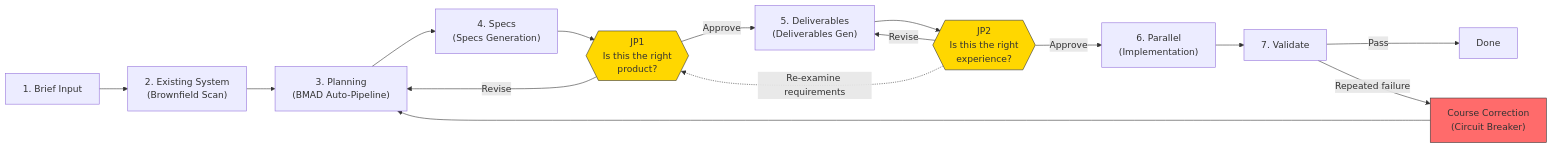
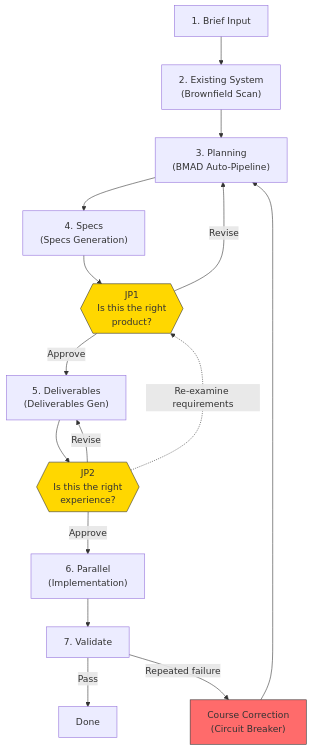
One commit to kangminlee-maker/jdd-sprint-kit changed the diagram in README.md. Above: the diagram before and after it, drawn with Mermaid. The commit also changed 1 other file, not shown here.

Commit message:
docs: change Mermaid flowcharts from horizontal (LR) to vertical (TD)
Horizontal layout was too compressed for readability.
Both Blueprint and README overall flow diagrams updated.

````diff
--- a/README.md
+++ b/README.md
@@ -14,21 +14,21 @@
 ```mermaid
-flowchart LR
+flowchart TD
     A["1. Brief Input"] --> B["2. Existing System\n(Brownfield Scan)"]
     B --> C["3. Planning\n(BMAD Auto-Pipeline)"]
     C --> D["4. Specs\n(Specs Generation)"]
     D --> JP1{{"JP1\nIs this the right\nproduct?"}}
     JP1 -->|Approve| E["5. Deliverables\n(Deliverables Gen)"]
     JP1 -->|Revise| C
     E --> JP2{{"JP2\nIs this the right\nexperience?"}}
     JP2 -->|Approve| F["6. Parallel\n(Implementation)"]
     JP2 -->|Revise| E
     JP2 -.->|Re-examine requirements| JP1
     F --> G["7. Validate"]
     G -->|Pass| H["Done"]
     G -->|Repeated failure| CB["Course Correction\n(Circuit Breaker)"]
     CB --> C
 
     style JP1 fill:#FFD700,stroke:#333
     style JP2 fill:#FFD700,stroke:#333
     style CB fill:#FF6B6B,stroke:#333
 ```
````
